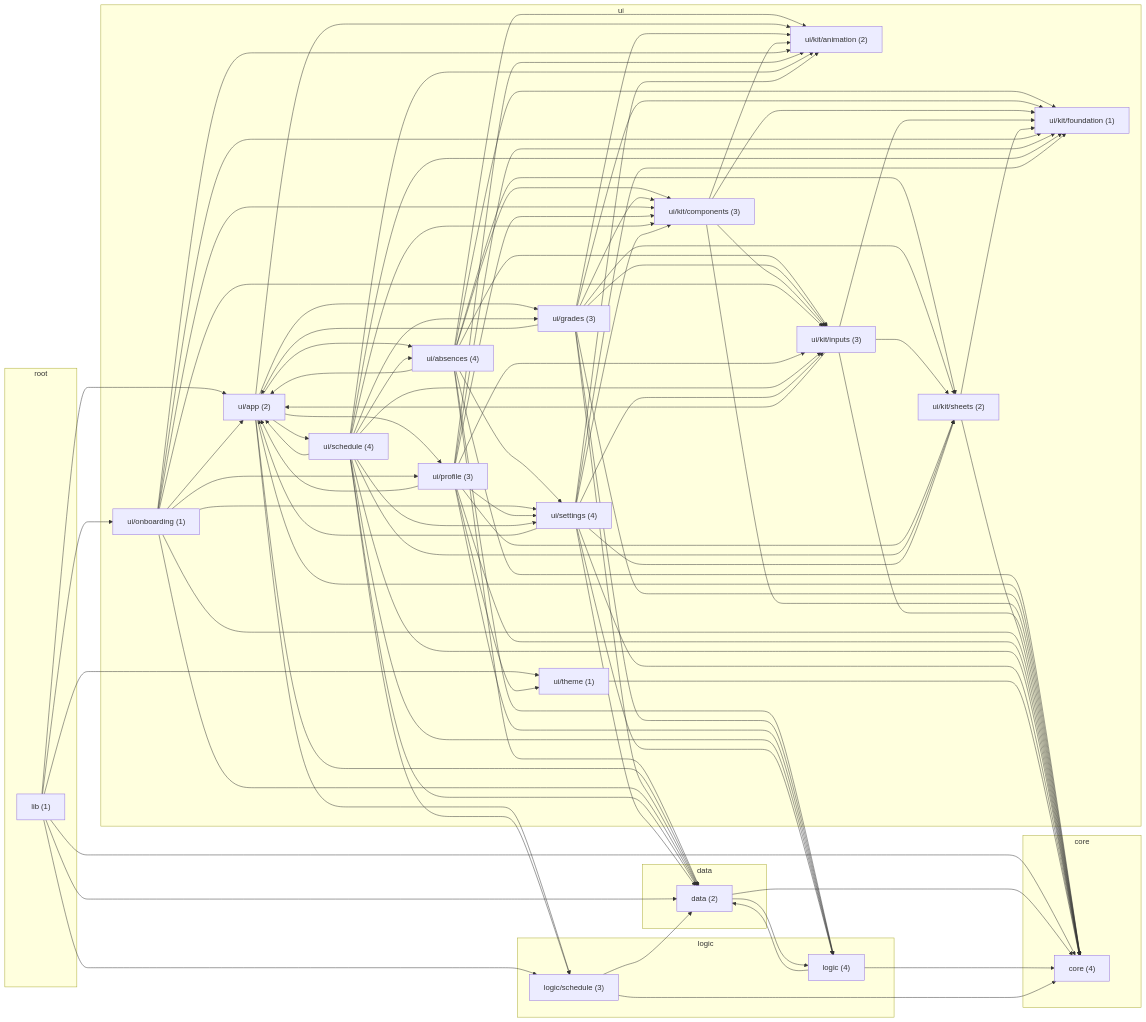
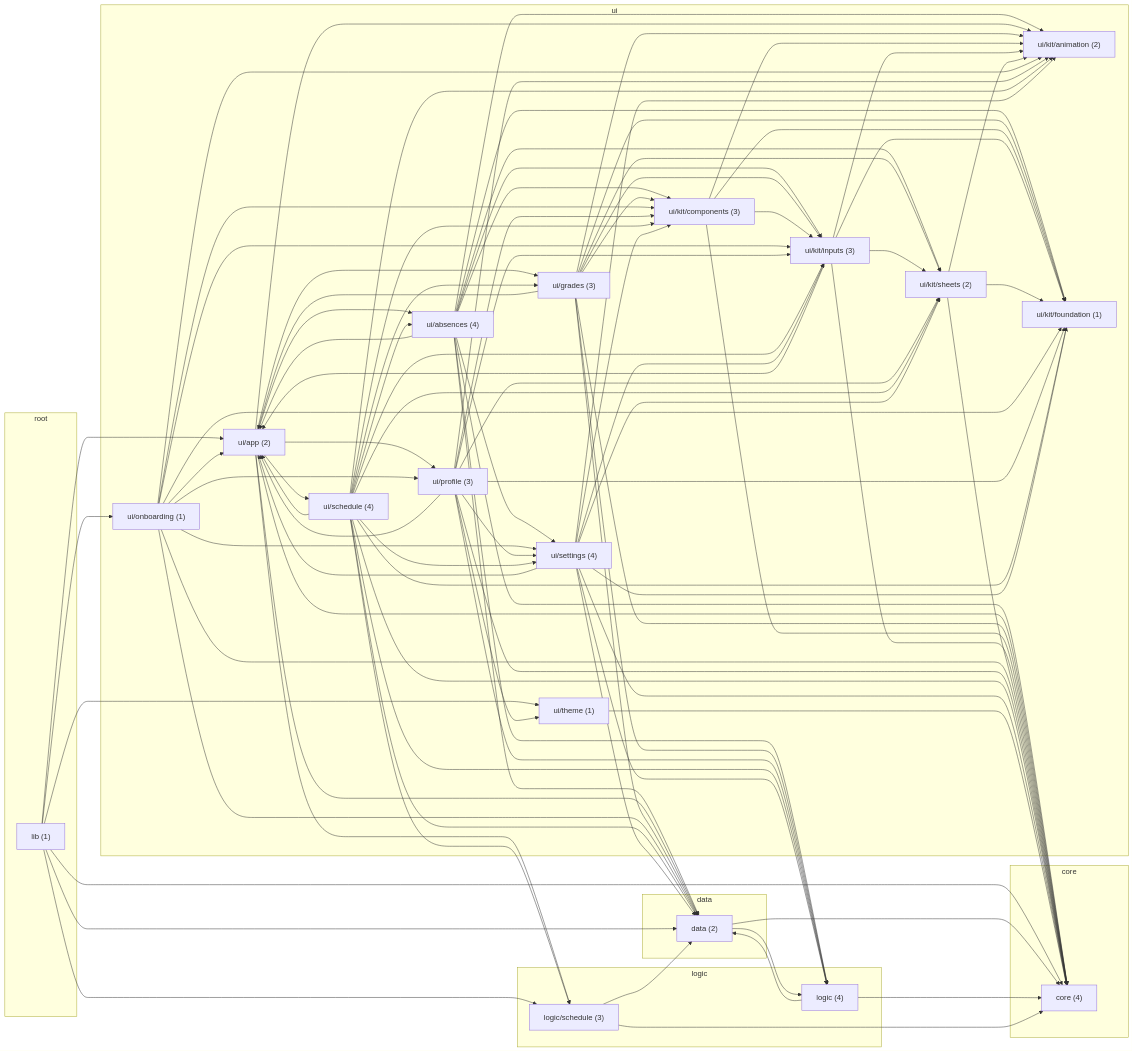
The diagram in docs/GRAPH.md (eugggeneee/journal), drawn with Mermaid before and after one commit. The commit also changed other lines of this file and 22 other files, not shown here.

```diff
--- a/docs/GRAPH.md
+++ b/docs/GRAPH.md
@@ -88,9 +88,11 @@
   lib_ui_kit_components --> lib_ui_kit_inputs
   lib_ui_kit_inputs --> lib_core
   lib_ui_kit_inputs --> lib_ui_app
+  lib_ui_kit_inputs --> lib_ui_kit_animation
   lib_ui_kit_inputs --> lib_ui_kit_foundation
   lib_ui_kit_inputs --> lib_ui_kit_sheets
   lib_ui_kit_sheets --> lib_core
+  lib_ui_kit_sheets --> lib_ui_kit_animation
   lib_ui_kit_sheets --> lib_ui_kit_foundation
   lib_ui_onboarding --> lib_core
   lib_ui_onboarding --> lib_data
```
